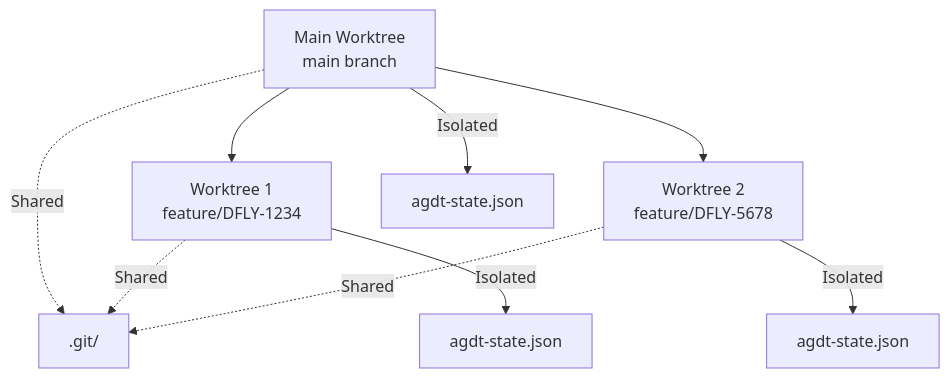
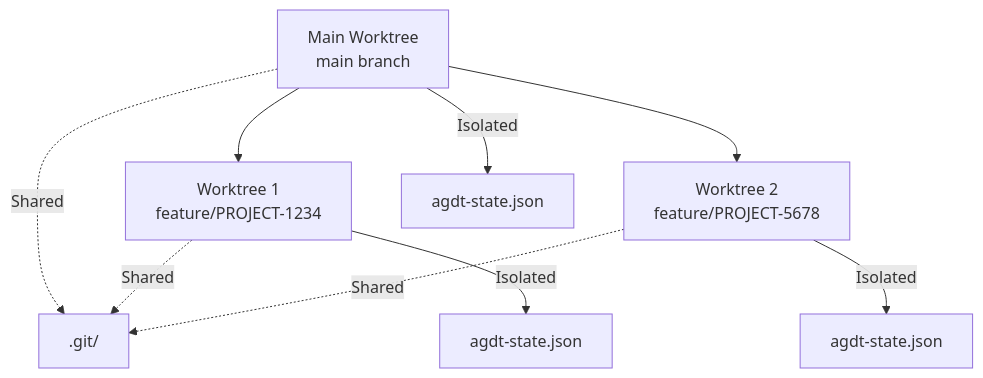
One commit to ayaiayorg/agentic-devtools changed the tenth of 10 diagrams in docs/08-cross-cutting-concepts.md. Above: the diagram before and after it, drawn with Mermaid. The commit also changed other lines of this file and 201 other files, not shown here.

````diff
--- a/docs/08-cross-cutting-concepts.md
+++ b/docs/08-cross-cutting-concepts.md
@@ -378,13 +378,13 @@
 ```mermaid
 graph TB
-    Main[Main Worktree<br/>main branch] --> WT1[Worktree 1<br/>feature/DFLY-1234]
-    Main --> WT2[Worktree 2<br/>feature/DFLY-5678]
+    Main[Main Worktree<br/>main branch] --> WT1[Worktree 1<br/>feature/PROJECT-1234]
+    Main --> WT2[Worktree 2<br/>feature/PROJECT-5678]
     
     Main -.->|Shared| Git[.git/]
     WT1 -.->|Shared| Git
     WT2 -.->|Shared| Git
     
     Main -->|Isolated| State1[agdt-state.json]
     WT1 -->|Isolated| State2[agdt-state.json]
     WT2 -->|Isolated| State3[agdt-state.json]
 ```
````
